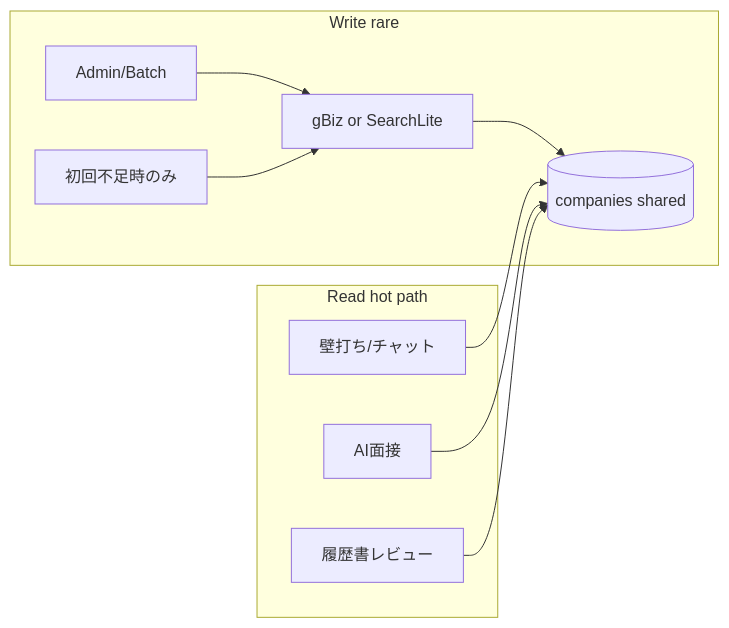
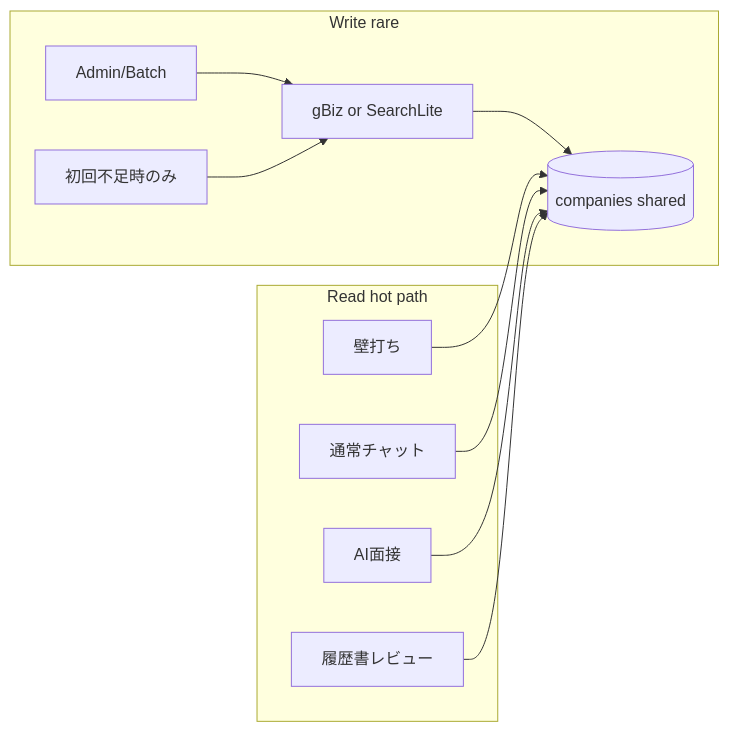
Before and after one commit to ISCProduct/soc-ai-agent: the second of 2 diagrams in docs/design/company-info-acquisition.md, drawn with Mermaid. The commit also changed other lines of this file and 6 other files, not shown here.

````diff
--- a/docs/design/company-info-acquisition.md
+++ b/docs/design/company-info-acquisition.md
@@ -46,20 +150,22 @@
 ```mermaid
 flowchart LR
   subgraph write [Write rare]
     Admin[Admin/Batch]
     FirstTouch[初回不足時のみ]
     Pipeline[gBiz or SearchLite]
     DB[(companies shared)]
     Admin --> Pipeline
     FirstTouch --> Pipeline
     Pipeline --> DB
   end
   subgraph read [Read hot path]
-    Wall[壁打ち/チャット]
+    Wall[壁打ち]
+    NormalChat[通常チャット]
     Interview[AI面接]
     Resume[履歴書レビュー]
     Wall --> DB
+    NormalChat --> DB
     Interview --> DB
     Resume --> DB
   end
 ```
````
